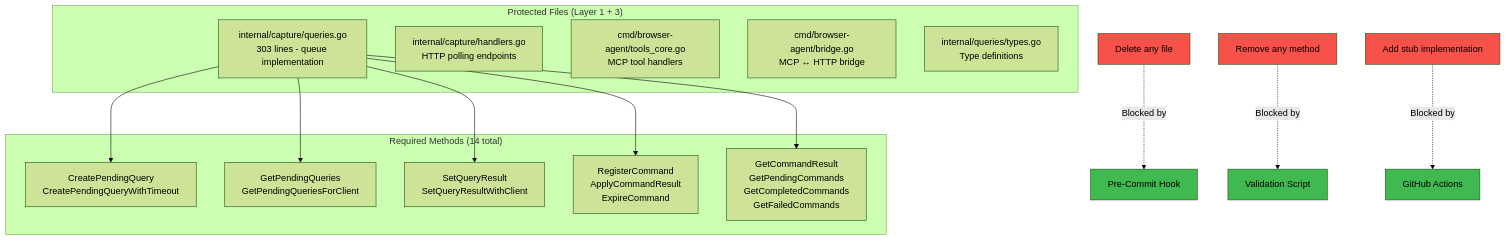
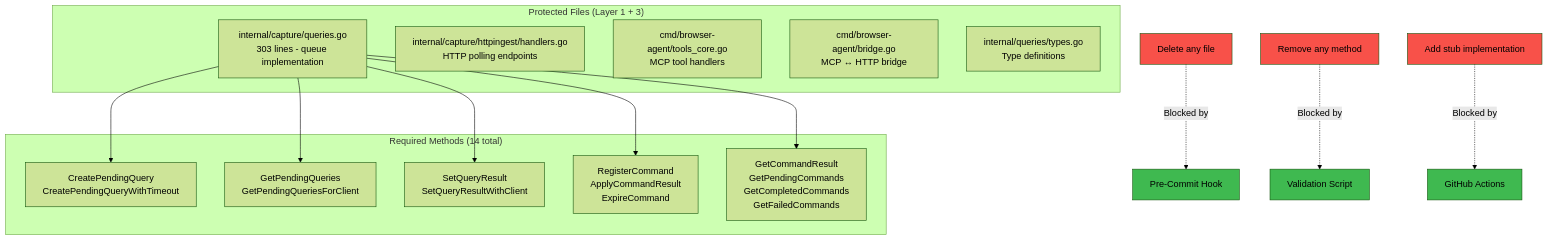
Before and after one commit to brennhill/Kaboom-Browser-AI-Devtools-MCP: the fifth of 6 diagrams in docs/architecture/diagrams/5-layer-protection.md, drawn with Mermaid (forest theme). The commit also changed 44 other files, not shown here.

Commit message:
refactor(capture): isolate HTTP ingestion

````diff
--- a/docs/architecture/diagrams/5-layer-protection.md
+++ b/docs/architecture/diagrams/5-layer-protection.md
@@ -193,35 +193,35 @@
 ```mermaid
 graph TB
     subgraph "Protected Files (Layer 1 + 3)"
         F1[internal/capture/queries.go<br/>303 lines - queue implementation]
-        F2[internal/capture/handlers.go<br/>HTTP polling endpoints]
+        F2[internal/capture/httpingest/handlers.go<br/>HTTP polling endpoints]
         F3[cmd/browser-agent/tools_core.go<br/>MCP tool handlers]
         F4[cmd/browser-agent/bridge.go<br/>MCP ↔ HTTP bridge]
         F5[internal/queries/types.go<br/>Type definitions]
     end
 
     subgraph "Required Methods (14 total)"
         M1[CreatePendingQuery<br/>CreatePendingQueryWithTimeout]
         M2[GetPendingQueries<br/>GetPendingQueriesForClient]
         M3[SetQueryResult<br/>SetQueryResultWithClient]
         M4[RegisterCommand<br/>ApplyCommandResult<br/>ExpireCommand]
         M5[GetCommandResult<br/>GetPendingCommands<br/>GetCompletedCommands<br/>GetFailedCommands]
     end
 
     F1 --> M1
     F1 --> M2
     F1 --> M3
     F1 --> M4
     F1 --> M5
 
     Delete[Delete any file] -.->|Blocked by| Layer1[Pre-Commit Hook]
     Remove[Remove any method] -.->|Blocked by| Layer3[Validation Script]
     Stub[Add stub implementation] -.->|Blocked by| Layer4[GitHub Actions]
 
     style Delete fill:#f85149
     style Remove fill:#f85149
     style Stub fill:#f85149
     style Layer1 fill:#3fb950
     style Layer3 fill:#3fb950
     style Layer4 fill:#3fb950
 ```
````
